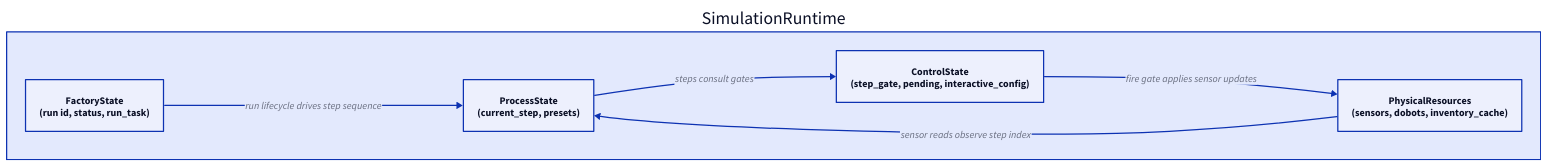
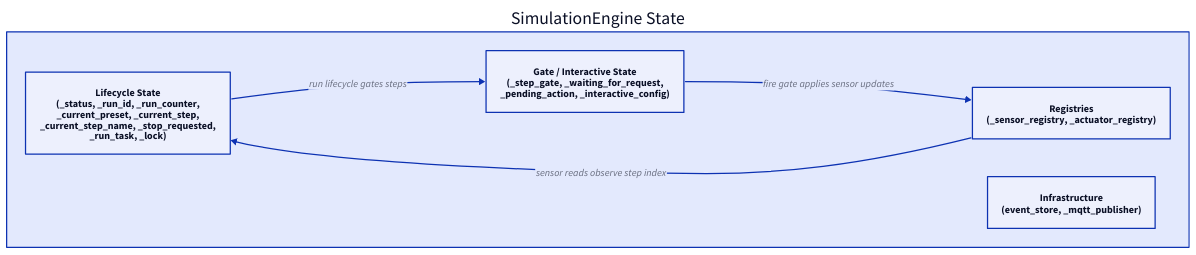
The diagram in services/simulated-factory/simulated_factory/diagrams/02-runtime-state.d2 (ielpo/edpo-project-group1), drawn with D2 before and after one commit. The commit also changed 19 other files, not shown here.

```diff
--- a/services/simulated-factory/simulated_factory/diagrams/02-runtime-state.d2
+++ b/services/simulated-factory/simulated_factory/diagrams/02-runtime-state.d2
@@ -1,16 +1,15 @@
-# Runtime state grouping inside SimulationRuntime.
+# Engine state structure — direct attributes of SimulationEngine.
 # Render: d2 02-runtime-state.d2 runtime-state.svg
 
 direction: right
 
-SimulationRuntime: {
-  factory:   "FactoryState\n(run id, status, run_task)"
-  process:   "ProcessState\n(current_step, presets)"
-  control:   "ControlState\n(step_gate, pending, interactive_config)"
-  resources: "PhysicalResources\n(sensors, dobots, inventory_cache)"
+SimulationEngine: "SimulationEngine State" {
+  lifecycle: "Lifecycle State\n(_status, _run_id, _run_counter,\n_current_preset, _current_step,\n_current_step_name, _stop_requested,\n_run_task, _lock)"
+  gate: "Gate / Interactive State\n(_step_gate, _waiting_for_request,\n_pending_action, _interactive_config)"
+  registries: "Registries\n(_sensor_registry, _actuator_registry)"
+  infra: "Infrastructure\n(event_store, _mqtt_publisher)"
 }
 
-SimulationRuntime.factory   -> SimulationRuntime.process:   "run lifecycle drives step sequence"
-SimulationRuntime.process   -> SimulationRuntime.control:   "steps consult gates"
-SimulationRuntime.control   -> SimulationRuntime.resources: "fire gate applies sensor updates"
-SimulationRuntime.resources -> SimulationRuntime.process:   "sensor reads observe step index"
+SimulationEngine.lifecycle   -> SimulationEngine.gate:        "run lifecycle gates steps"
+SimulationEngine.gate        -> SimulationEngine.registries:  "fire gate applies sensor updates"
+SimulationEngine.registries  -> SimulationEngine.lifecycle:   "sensor reads observe step index"
```
